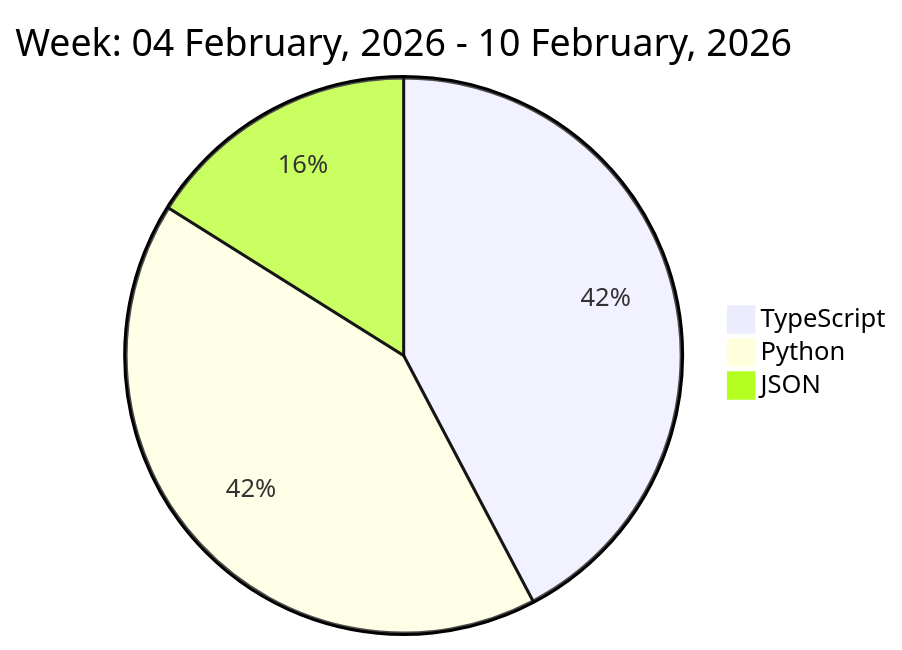
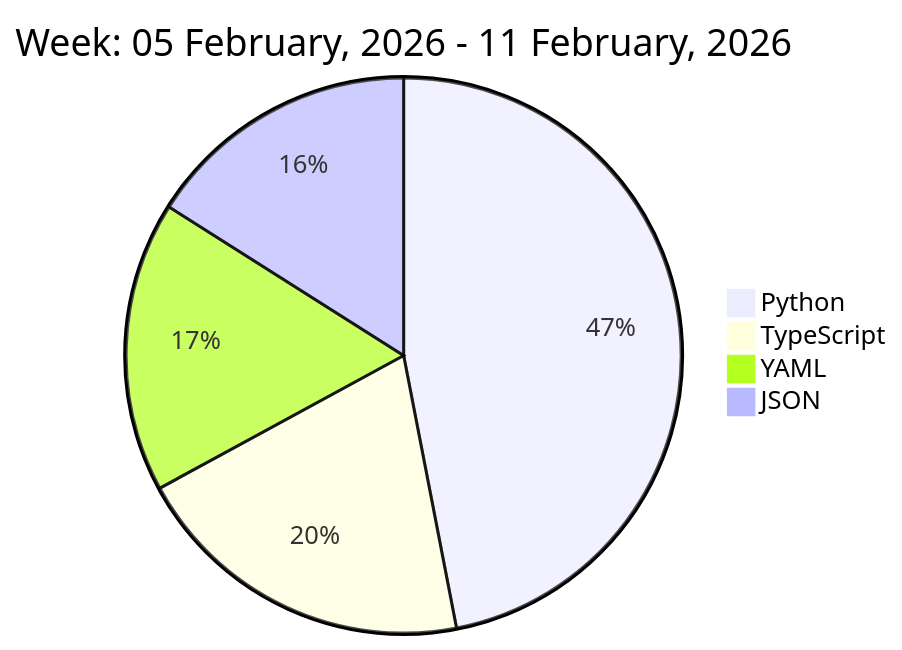
Before and after one commit to liubin95/liubin95: the diagram in README.md, drawn with Mermaid.

Commit message:
Updated the Graph with new Metrics

````diff
--- a/README.md
+++ b/README.md
@@ -37,7 +37,8 @@
 ```mermaid
  pie
-title Week: 04 February, 2026 - 10 February, 2026
- "TypeScript" : 7.18
- "Python" : 7.07
- "JSON" : 2.73
+title Week: 05 February, 2026 - 11 February, 2026
+ "Python" : 7.77
+ "TypeScript" : 3.33
+ "YAML" : 2.8
+ "JSON" : 2.65
 ```
````
